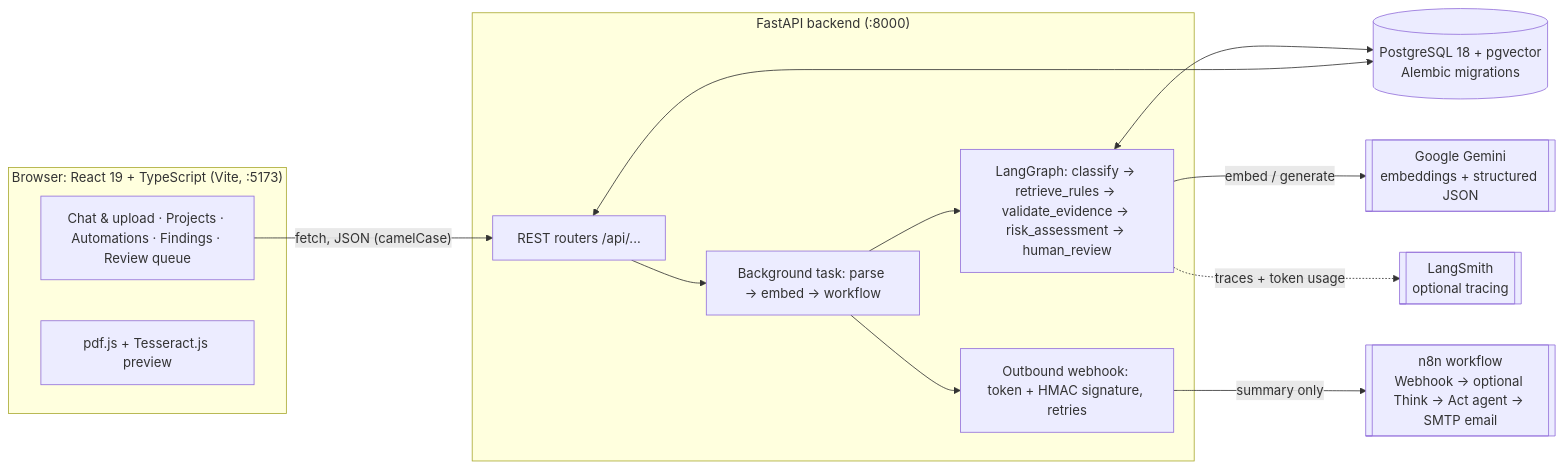
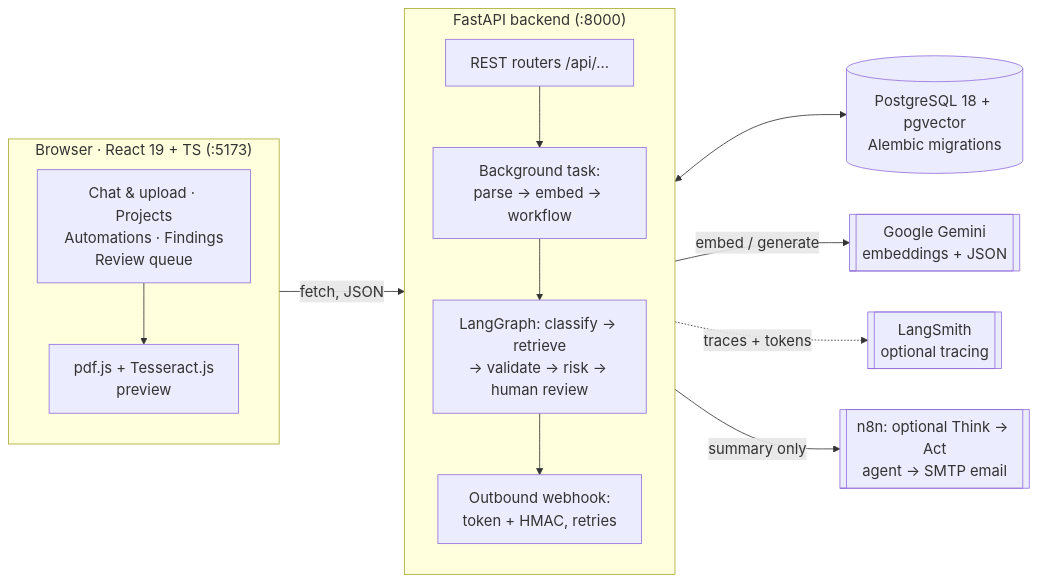
One commit to Abhinav-git1/FiberDoc_AI changed the diagram in README.md. Above: the diagram before and after it, drawn with Mermaid. The commit also changed 2 other files, not shown here.

Commit message:
Architecture diagrams: horizontal flow, boxes stacked inside each group so they render bigger

````diff
--- a/README.md
+++ b/README.md
@@ -53,29 +53,30 @@
 ```mermaid
-%%{init: {"flowchart": {"useMaxWidth": false}}}%%
+%%{init: {"themeVariables": {"fontSize": "18px"}}}%%
 flowchart LR
-  subgraph Browser["Browser: React 19 + TypeScript (Vite, :5173)"]
-    UI[Chat & upload · Projects · Automations · Findings · Review queue]
-    OCR[pdf.js + Tesseract.js preview]
+  subgraph Browser["Browser · React 19 + TS (:5173)"]
+    direction TB
+    UI[Chat & upload · Projects<br/>Automations · Findings<br/>Review queue]
+    OCR[pdf.js + Tesseract.js<br/>preview]
+    UI --> OCR
   end
 
   subgraph API["FastAPI backend (:8000)"]
+    direction TB
     R[REST routers /api/...]
-    BG[Background task: parse → embed → workflow]
-    WF[LangGraph: classify → retrieve_rules → validate_evidence → risk_assessment → human_review]
-    N[Outbound webhook: token + HMAC signature, retries]
-    R --> BG --> WF
-    BG --> N
+    BG[Background task:<br/>parse → embed → workflow]
+    WF[LangGraph: classify → retrieve<br/>→ validate → risk → human review]
+    N[Outbound webhook:<br/>token + HMAC, retries]
+    R --> BG --> WF --> N
   end
 
   DB[(PostgreSQL 18 + pgvector<br/>Alembic migrations)]
-  GEM[[Google Gemini<br/>embeddings + structured JSON]]
+  GEM[[Google Gemini<br/>embeddings + JSON]]
   LS[[LangSmith<br/>optional tracing]]
-  N8N[[n8n workflow<br/>Webhook → optional Think → Act agent → SMTP email]]
+  N8N[[n8n: optional Think → Act<br/>agent → SMTP email]]
 
-  UI -- "fetch, JSON (camelCase)" --> R
-  WF <--> DB
-  R <--> DB
-  WF -- "embed / generate" --> GEM
-  WF -.traces + token usage.-> LS
-  N -- "summary only" --> N8N
+  Browser -- "fetch, JSON" --> API
+  API <--> DB
+  API -- "embed / generate" --> GEM
+  API -. "traces + tokens" .-> LS
+  API -- "summary only" --> N8N
 ```
````
